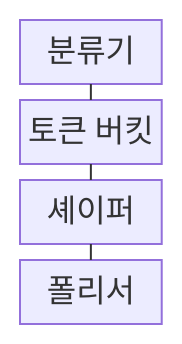
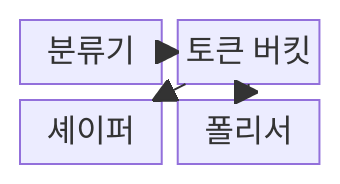
One commit to agnusdei1207/knowledge-base changed the first of 2 diagrams in src/content/docs/notes/04-network/073_traffic_shaping_policing.md. Above: the diagram before and after it, drawn with Mermaid. The commit also changed other lines of this file and 20 other files, not shown here.

````diff
--- a/src/content/docs/notes/04-network/073_traffic_shaping_policing.md
+++ b/src/content/docs/notes/04-network/073_traffic_shaping_policing.md
@@ -57,11 +61,11 @@
 ```mermaid
 block-beta
-    columns 1
+    columns 2
     A["분류기"]
     B["토큰 버킷"]
     C["셰이퍼"]
     D["폴리서"]
-    A --- B
-    B --- C
-    C --- D
+    A --> B
+    B --> C
+    B --> D
 ```
````
